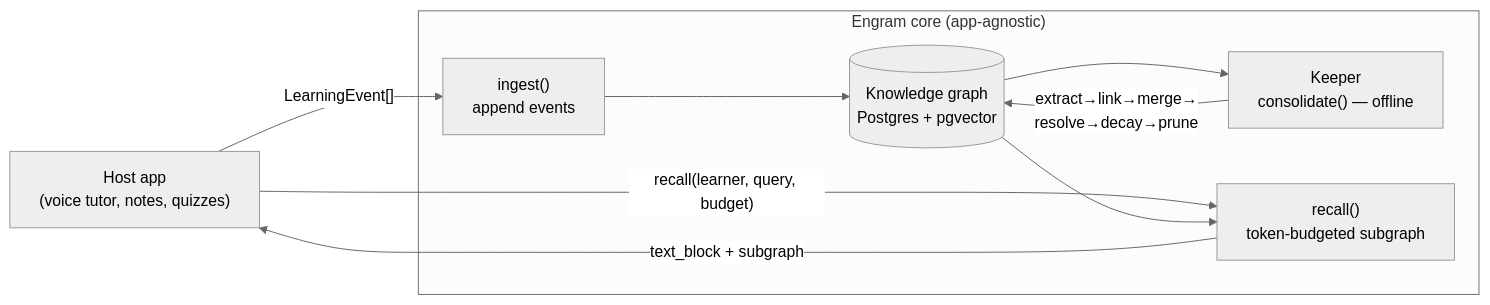
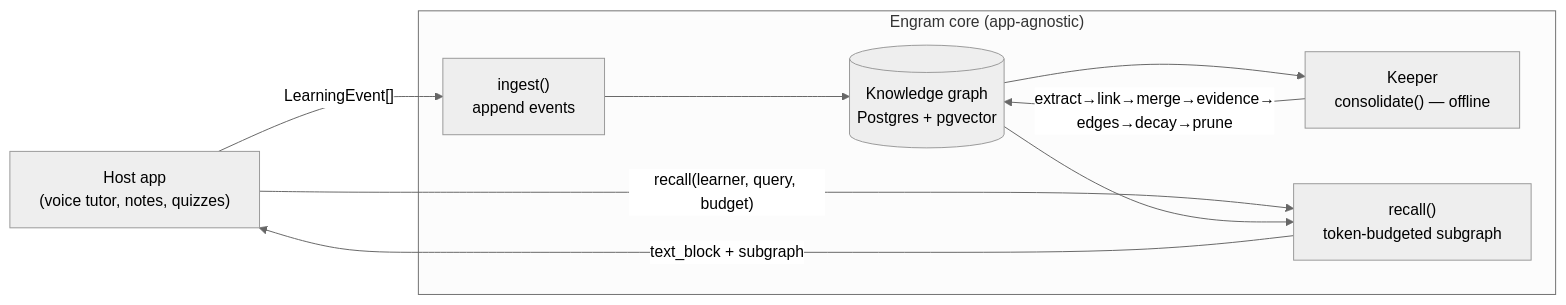
The first of 9 diagrams in docs/ARCHITECTURE.md (yfshaikh/qwen), drawn with Mermaid (neutral theme) before and after one commit. The commit also changed other lines of this file and 3 other files, not shown here.

````diff
--- a/docs/ARCHITECTURE.md
+++ b/docs/ARCHITECTURE.md
@@ -31,16 +31,16 @@
 ```mermaid
 flowchart LR
     Host["Host app<br/>(voice tutor, notes, quizzes)"]
     subgraph Core["Engram core (app-agnostic)"]
         Ingest["ingest()<br/>append events"]
         Keeper["Keeper<br/>consolidate() — offline"]
         Graph[("Knowledge graph<br/>Postgres + pgvector")]
         Recall["recall()<br/>token-budgeted subgraph"]
     end
     Host -- "LearningEvent[]" --> Ingest --> Graph
-    Keeper -- "extract→link→merge→<br/>resolve→decay→prune" --> Graph
+    Keeper -- "extract→link→merge→evidence→<br/>edges→decay→prune" --> Graph
     Graph --> Keeper
     Host -- "recall(learner, query, budget)" --> Recall
     Graph --> Recall
     Recall -- "text_block + subgraph" --> Host
 ```
````
